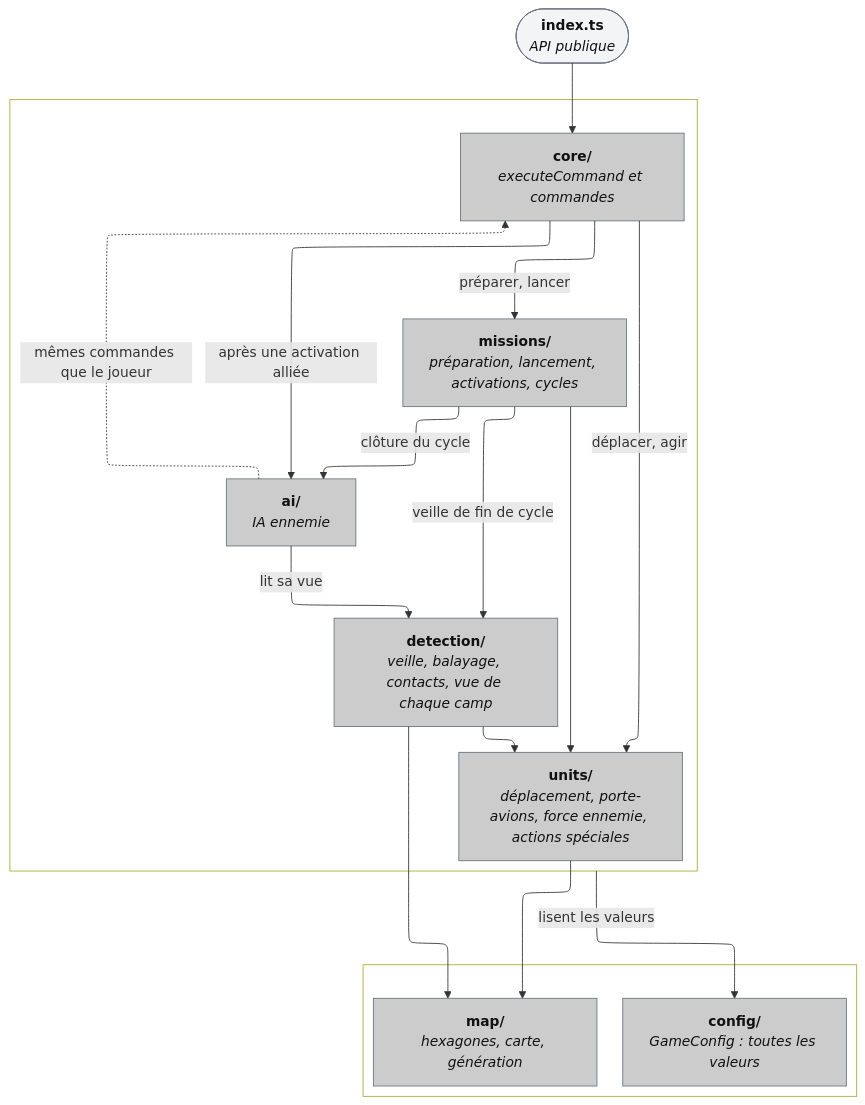
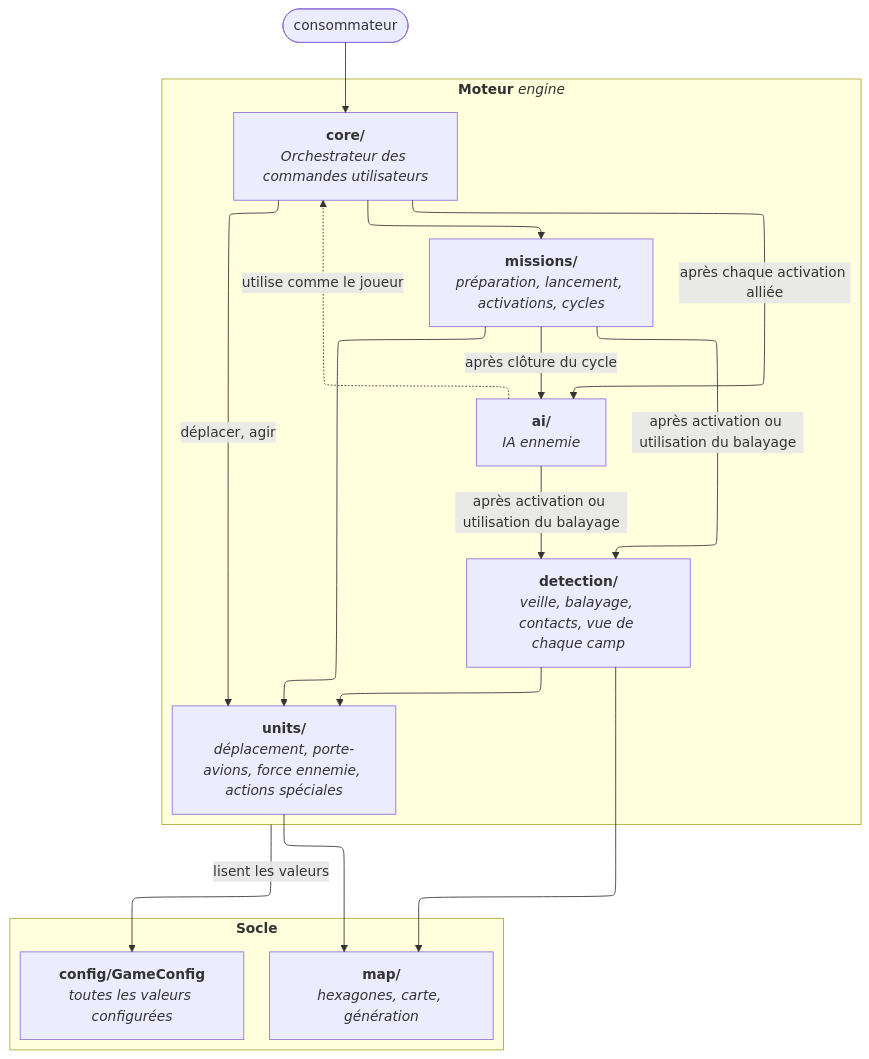
The diagram in docs/diagrams/02-engine.md (peangoulvant/Tacticoop), drawn with Mermaid before and after one commit. The commit also changed other lines of this file and 9 other files, not shown here.

Commit message:
docs: update diagrams

````diff
--- a/docs/diagrams/02-engine.md
+++ b/docs/diagrams/02-engine.md
@@ -5,41 +5,41 @@
 ```mermaid
 ---
 config:
   layout: elk
+  look: classic
+  theme: default
 ---
 flowchart TB
-    api(["`**index.ts**<br>*API publique*`"]):::ext
+ subgraph regles["`**Moteur** *engine*`"]
+        core["`**core/**<br>*Orchestrateur des commandes utilisateurs*`"]
+        missions["`**missions/**<br>*préparation, lancement, activations, cycles*`"]
+        units["`**units/**<br>*déplacement, porte-avions, force ennemie, actions spéciales*`"]
+        detection["`**detection/**<br>*veille, balayage, contacts, vue de chaque camp*`"]
+        ai["`**ai/**<br>*IA ennemie*`"]
+  end
+ subgraph socle["`**Socle**`"]
+        map["`**map/**<br>*hexagones, carte, génération*`"]
+        config["`**config/GameConfig**<br>*toutes les valeurs configurées*`"]
+  end
+    api(["consommateur"]) --> core
+    core --> missions
+    core -- déplacer, agir --> units
+    core -- après chaque activation alliée --> ai
+    missions -- après clôture du cycle --> ai
+    missions -- après activation ou utilisation du balayage --> detection
+    missions --> units
+    ai -. utilise comme le joueur .-> core
+    ai -- après activation ou utilisation du balayage --> detection
+    detection --> units & map
+    units --> map
+    regles -- lisent les valeurs --> config
 
-    subgraph regles["`**Règles du jeu**`"]
-        core["`**core/**<br>*executeCommand et commandes*`"]:::ui
-        missions["`**missions/**<br>*préparation, lancement, activations, cycles*`"]:::ui
-        units["`**units/**<br>*déplacement, porte-avions, force ennemie, actions spéciales*`"]:::ui
-        detection["`**detection/**<br>*veille, balayage, contacts, vue de chaque camp*`"]:::ui
-        ai["`**ai/**<br>*IA ennemie*`"]:::ui
-    end
-
-    subgraph socle["`**Socle**`"]
-        map["`**map/**<br>*hexagones, carte, génération*`"]:::ui
-        config["`**config/**<br>*GameConfig : toutes les valeurs*`"]:::ui
-    end
-
-    api --> core
-    core -->|"préparer, lancer"| missions
-    core -->|"déplacer, agir"| units
-    core -->|"après une activation alliée"| ai
-    missions -->|"clôture du cycle"| ai
-    missions -->|"veille de fin de cycle"| detection
-    missions --> units
-    ai -.->|"mêmes commandes que le joueur"| core
-    ai -->|"lit sa vue"| detection
-    detection --> units
-    units --> map
-    detection --> map
-    regles -->|"lisent les valeurs"| config
-
-    style regles stroke:#fffff,fill:transparent,color:#ffffff
-    style socle stroke:#fffff,fill:transparent,color:#ffffff
-
-    classDef ui fill:#cccccc,stroke:#6b7280,color:#111
-    classDef ext fill:#f3f4f6,stroke:#6b7280,color:#111
+     core
+     missions
+     units
+     detection
+     ai
+     map
+     config
+     api
 ```
````
